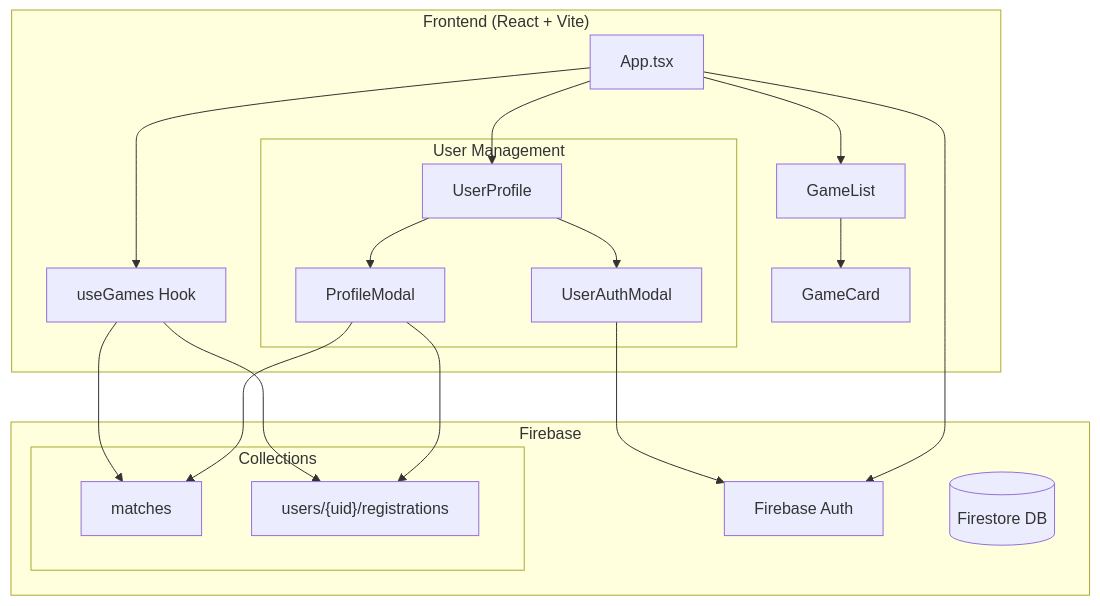
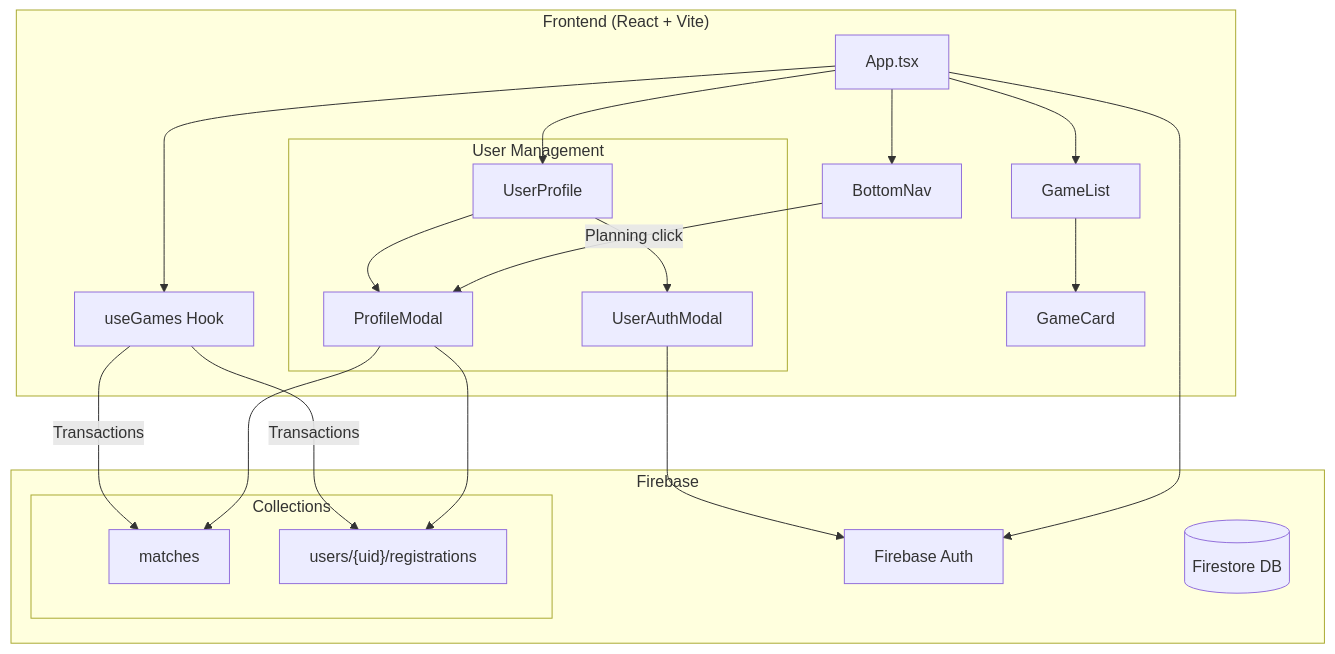
One commit to nickdesi/SCBA-Benevolat changed the first of 3 diagrams in README.md. Above: the diagram before and after it, drawn with Mermaid. The commit also changed other lines of this file and 9 other files, not shown here.

````diff
--- a/README.md
+++ b/README.md
@@ -12,40 +12,43 @@
 ```mermaid
 graph TB
     subgraph "Frontend (React + Vite)"
         App[App.tsx]
         useGames[useGames Hook]
         GameList[GameList]
         GameCard[GameCard]
+        BottomNav[BottomNav]
         
         subgraph "User Management"
             UserProfile[UserProfile]
             ProfileModal[ProfileModal]
             UserAuthModal[UserAuthModal]
         end
     end
     
     subgraph "Firebase"
         Auth[Firebase Auth]
         Firestore[(Firestore DB)]
         subgraph "Collections"
             Matches[matches]
             UserRegs["users/{uid}/registrations"]
         end
     end
     
     App --> useGames
     App --> GameList
+    App --> BottomNav
     GameList --> GameCard
     
     App --> UserProfile
     UserProfile --> UserAuthModal
     UserProfile --> ProfileModal
+    BottomNav -->|"Planning click"| ProfileModal
     
-    useGames --> Matches
-    useGames --> UserRegs
+    useGames -->|"Transactions"| Matches
+    useGames -->|"Transactions"| UserRegs
     ProfileModal --> UserRegs
     ProfileModal --> Matches
     
     UserAuthModal --> Auth
     App --> Auth
 ```
````
